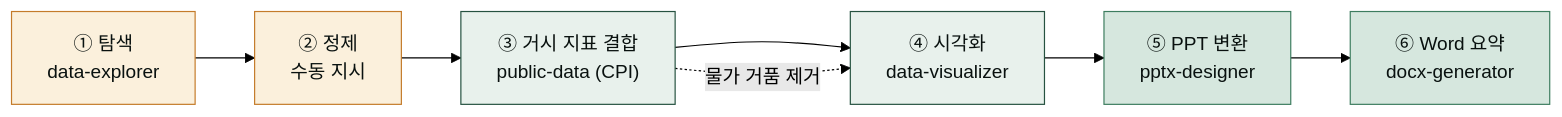
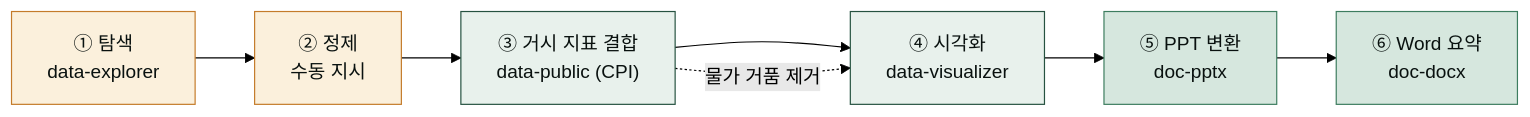
The fourth of 4 diagrams in www/content/cookbook/tracks/track-data.md (modu-ai/cowork-plugins), drawn with Mermaid (forest theme) before and after one commit. The commit also changed other lines of this file and 45 other files, not shown here.

First line of the commit message:
docs(www): 스킬명 정합 + 깨진 링크 수정 + mermaid 보강

````diff
--- a/www/content/cookbook/tracks/track-data.md
+++ b/www/content/cookbook/tracks/track-data.md
@@ -206,17 +206,17 @@
 ```mermaid
 flowchart LR
    S1["① 탐색<br/>data-explorer"] --> S2["② 정제<br/>수동 지시"]
-   S2 --> S3["③ 거시 지표 결합<br/>public-data (CPI)"]
+   S2 --> S3["③ 거시 지표 결합<br/>data-public (CPI)"]
    S3 --> S4["④ 시각화<br/>data-visualizer"]
-   S4 --> S5["⑤ PPT 변환<br/>pptx-designer"]
-   S5 --> S6["⑥ Word 요약<br/>docx-generator"]
+   S4 --> S5["⑤ PPT 변환<br/>doc-pptx"]
+   S5 --> S6["⑥ Word 요약<br/>doc-docx"]
 
    S3 -.->|물가 거품 제거| S4
 
    style S1 fill:#fbf0dc,stroke:#c47b2a,color:#09110f
    style S2 fill:#fbf0dc,stroke:#c47b2a,color:#09110f
    style S3 fill:#e8f1ec,stroke:#265240,color:#09110f
    style S4 fill:#e8f1ec,stroke:#265240,color:#09110f
    style S5 fill:#d6e7de,stroke:#3d7d5f,color:#09110f
    style S6 fill:#d6e7de,stroke:#3d7d5f,color:#09110f
 ```
````
